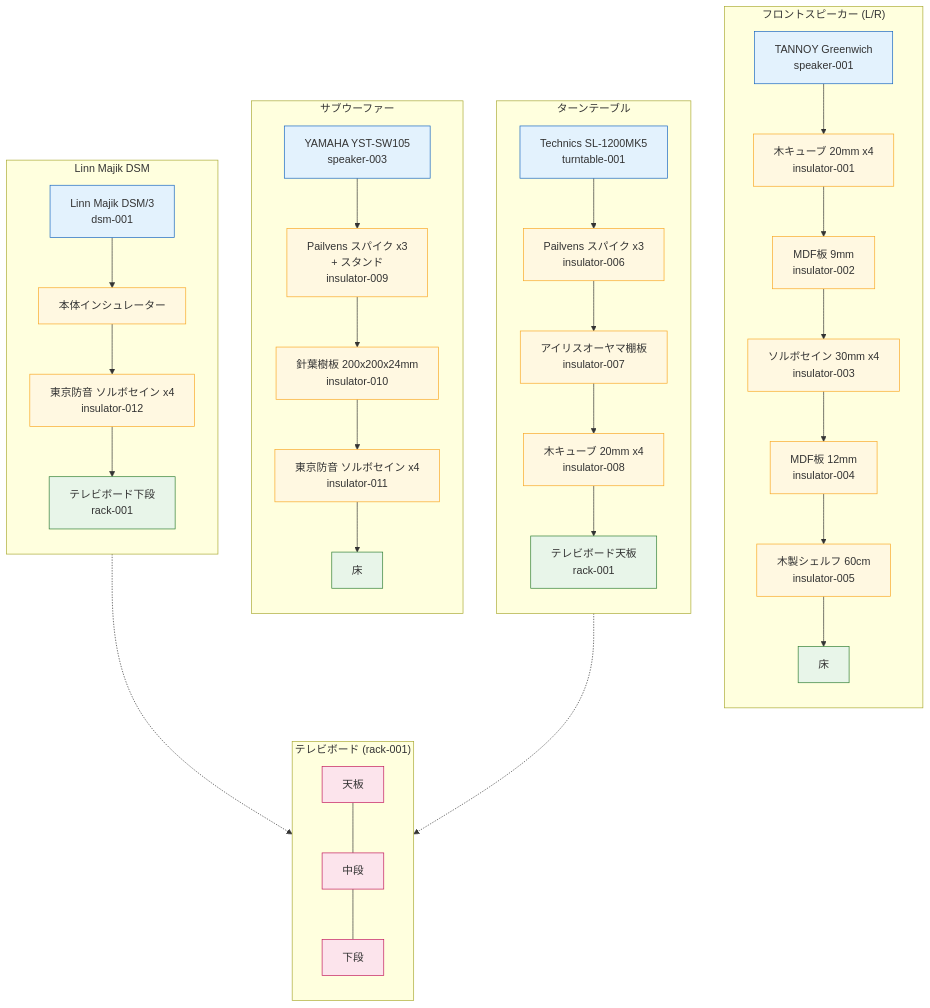
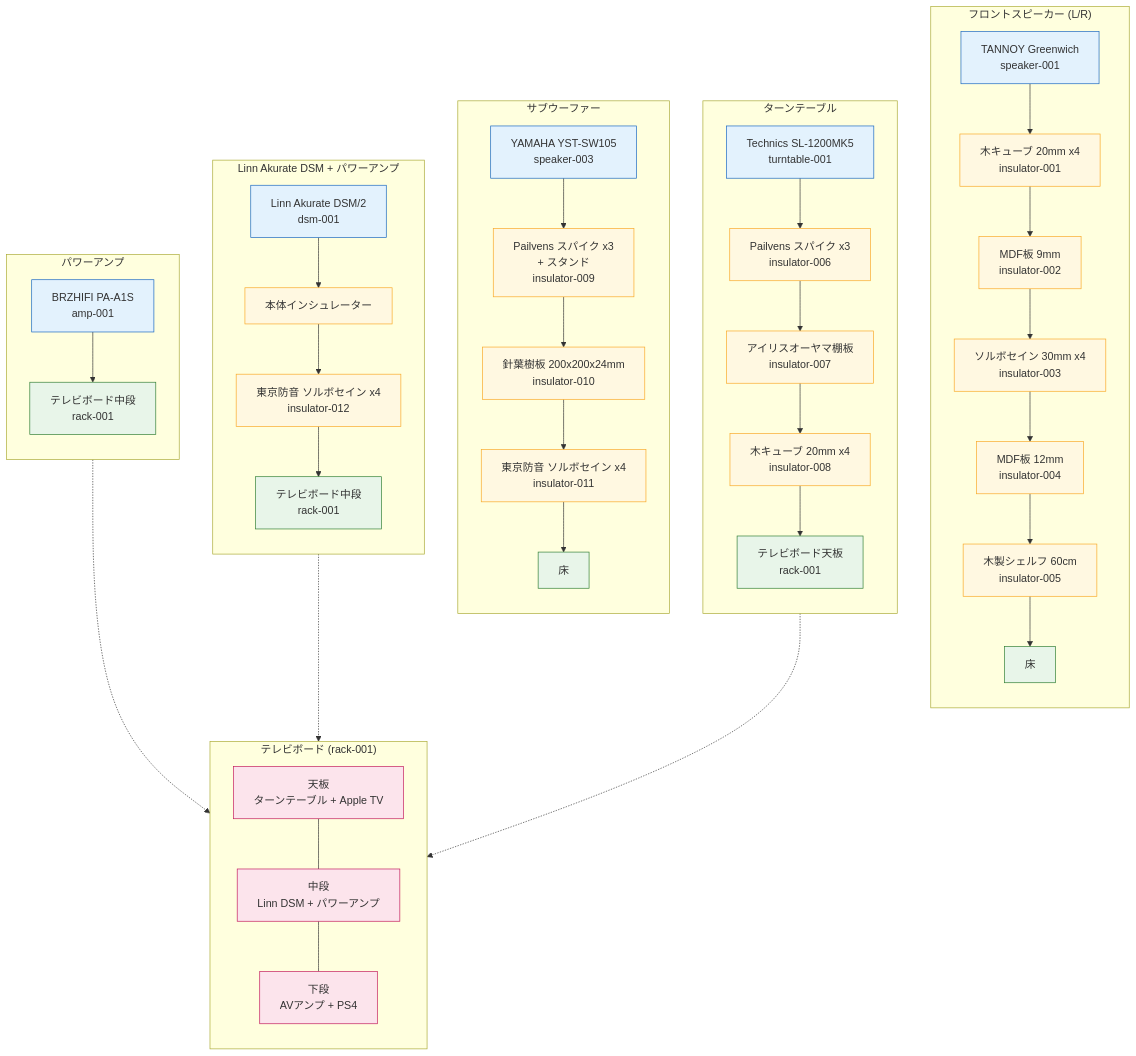
The diagram in topology/physical_layout.mmd (tamatebox/audio-infra), drawn with Mermaid before and after one commit. The commit also changed 7 other files, not shown here.

```diff
--- a/topology/physical_layout.mmd
+++ b/topology/physical_layout.mmd
@@ -1,77 +1,86 @@
 %% Physical Layout - 機器とインシュレーターの積層構造
 %% 上から下への物理的な接触関係を記述
 
 graph TB
     %% ========== フロントスピーカー (L/R共通) ==========
     subgraph FRONT["フロントスピーカー (L/R)"]
         direction TB
         TANNOY[TANNOY Greenwich<br/>speaker-001]
         INS1[木キューブ 20mm x4<br/>insulator-001]
         INS2[MDF板 9mm<br/>insulator-002]
         INS3[ソルボセイン 30mm x4<br/>insulator-003]
         INS4[MDF板 12mm<br/>insulator-004]
         INS5[木製シェルフ 60cm<br/>insulator-005]
         FLOOR1[床]
 
         TANNOY --> INS1 --> INS2 --> INS3 --> INS4 --> INS5 --> FLOOR1
     end
 
     %% ========== ターンテーブル ==========
     subgraph TURNTABLE["ターンテーブル"]
         direction TB
         SL1200[Technics SL-1200MK5<br/>turntable-001]
         INS6[Pailvens スパイク x3<br/>insulator-006]
         INS7[アイリスオーヤマ棚板<br/>insulator-007]
         INS8[木キューブ 20mm x4<br/>insulator-008]
         RACK_TOP[テレビボード天板<br/>rack-001]
 
         SL1200 --> INS6 --> INS7 --> INS8 --> RACK_TOP
     end
 
     %% ========== サブウーファー ==========
     subgraph SUBWOOFER["サブウーファー"]
         direction TB
         SUB[YAMAHA YST-SW105<br/>speaker-003]
         INS9[Pailvens スパイク x3<br/>+ スタンド<br/>insulator-009]
         INS10[針葉樹板 200x200x24mm<br/>insulator-010]
         INS11[東京防音 ソルボセイン x4<br/>insulator-011]
         FLOOR2[床]
 
         SUB --> INS9 --> INS10 --> INS11 --> FLOOR2
     end
 
-    %% ========== Linn DSM ==========
-    subgraph LINN["Linn Majik DSM"]
+    %% ========== Linn DSM + パワーアンプ ==========
+    subgraph LINN["Linn Akurate DSM + パワーアンプ"]
         direction TB
-        DSM[Linn Majik DSM/3<br/>dsm-001]
+        DSM[Linn Akurate DSM/2<br/>dsm-001]
         DSM_FOOT[本体インシュレーター]
         INS12[東京防音 ソルボセイン x4<br/>insulator-012]
-        RACK_BTM[テレビボード下段<br/>rack-001]
+        RACK_MID_L[テレビボード中段<br/>rack-001]
 
-        DSM --> DSM_FOOT --> INS12 --> RACK_BTM
+        DSM --> DSM_FOOT --> INS12 --> RACK_MID_L
+    end
+
+    subgraph POWERAMP["パワーアンプ"]
+        direction TB
+        AMP[BRZHIFI PA-A1S<br/>amp-001]
+        RACK_MID_R[テレビボード中段<br/>rack-001]
+
+        AMP --> RACK_MID_R
     end
 
     %% ========== テレビボード機器配置 ==========
     subgraph RACK["テレビボード (rack-001)"]
         direction TB
-        R_TOP[天板]
-        R_MID[中段]
-        R_BTM[下段]
+        R_TOP[天板<br/>ターンテーブル + Apple TV]
+        R_MID[中段<br/>Linn DSM + パワーアンプ]
+        R_BTM[下段<br/>AVアンプ + PS4]
 
         R_TOP --- R_MID --- R_BTM
     end
 
     %% ラックと機器の関連
     RACK_TOP -.-> R_TOP
-    RACK_BTM -.-> R_BTM
+    RACK_MID_L -.-> R_MID
+    RACK_MID_R -.-> R_MID
 
     %% ========== スタイリング ==========
     classDef equipment fill:#e3f2fd,stroke:#1565c0
     classDef insulator fill:#fff8e1,stroke:#f9a825
     classDef support fill:#e8f5e9,stroke:#2e7d32
     classDef rack fill:#fce4ec,stroke:#c2185b
 
-    class TANNOY,SL1200,SUB,DSM equipment
+    class TANNOY,SL1200,SUB,DSM,AMP equipment
     class INS1,INS2,INS3,INS4,INS5,INS6,INS7,INS8,INS9,INS10,INS11,INS12,DSM_FOOT insulator
-    class FLOOR1,FLOOR2,RACK_TOP,RACK_BTM support
+    class FLOOR1,FLOOR2,RACK_TOP,RACK_MID_L,RACK_MID_R support
     class R_TOP,R_MID,R_BTM rack
```
